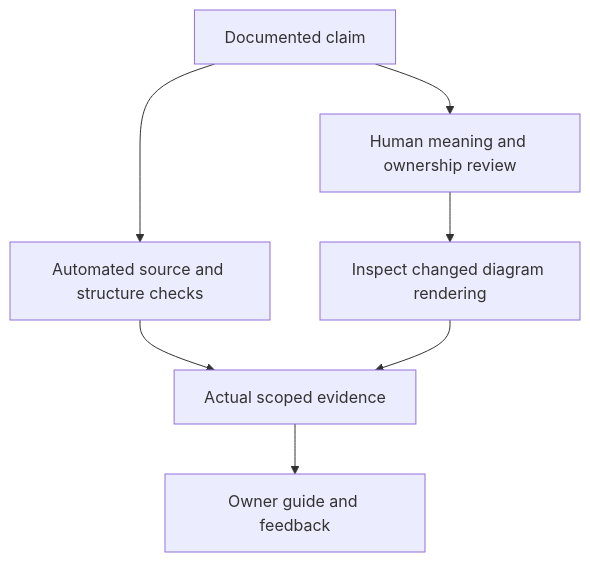
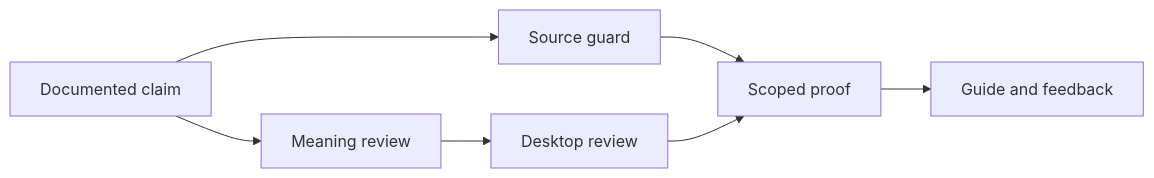
The second of 2 diagrams in docs/governance/README.md (crististefanita/ATF_AI), drawn with Mermaid before and after one commit. The commit also changed other lines of this file and 111 other files, not shown here.

````diff
--- a/docs/governance/README.md
+++ b/docs/governance/README.md
@@ -66,9 +72,9 @@
 ```mermaid
-flowchart TB
-    Claim["Documented claim"] --> Guard["Automated source and structure checks"]
-    Claim --> Review["Human meaning and ownership review"]
-    Review --> Render["Inspect changed diagram rendering"]
-    Guard --> Evidence["Actual scoped evidence"]
+flowchart LR
+    Claim["Documented claim"] --> Guard["Source guard"]
+    Claim --> Review["Meaning review"]
+    Review --> Render["Desktop review"]
+    Guard --> Evidence["Scoped proof"]
     Render --> Evidence
-    Evidence --> Closure["Owner guide and feedback"]
+    Evidence --> Closure["Guide and feedback"]
 ```
````
